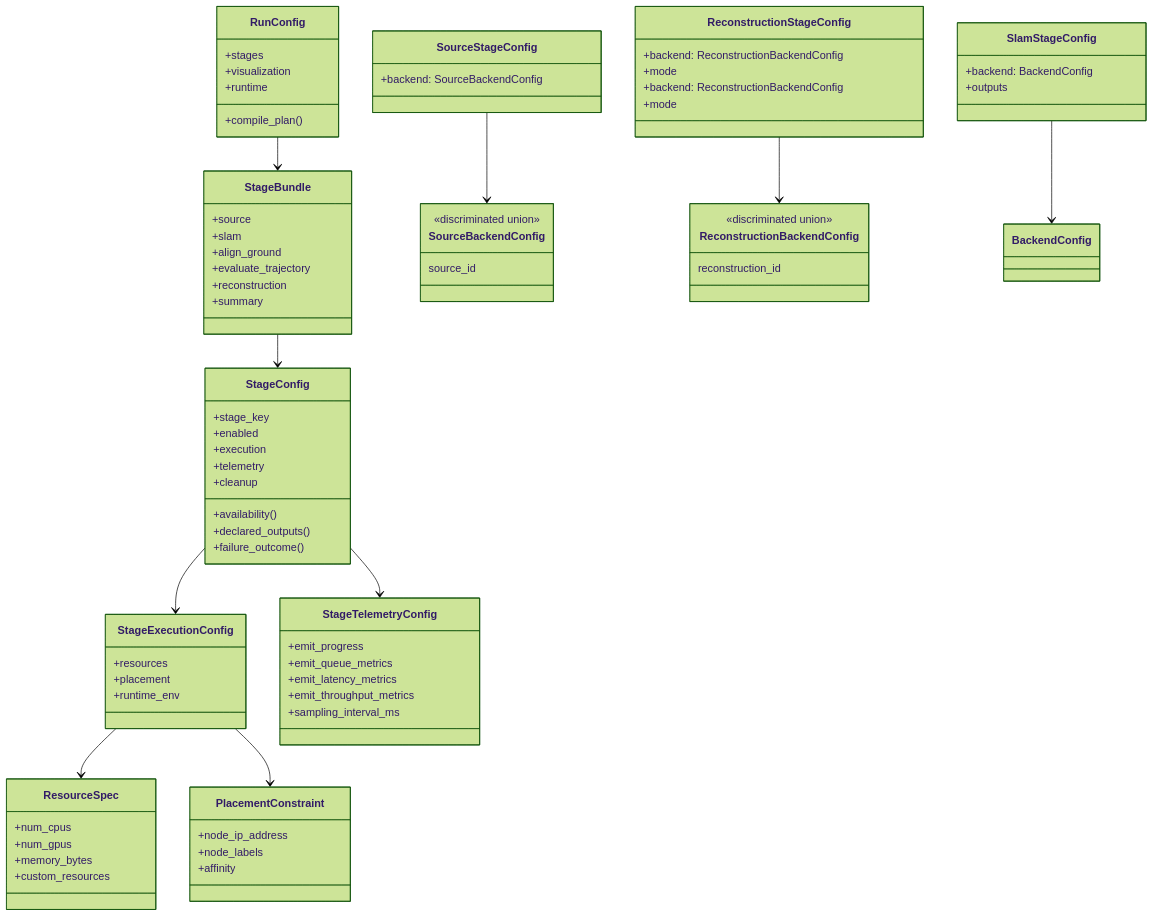
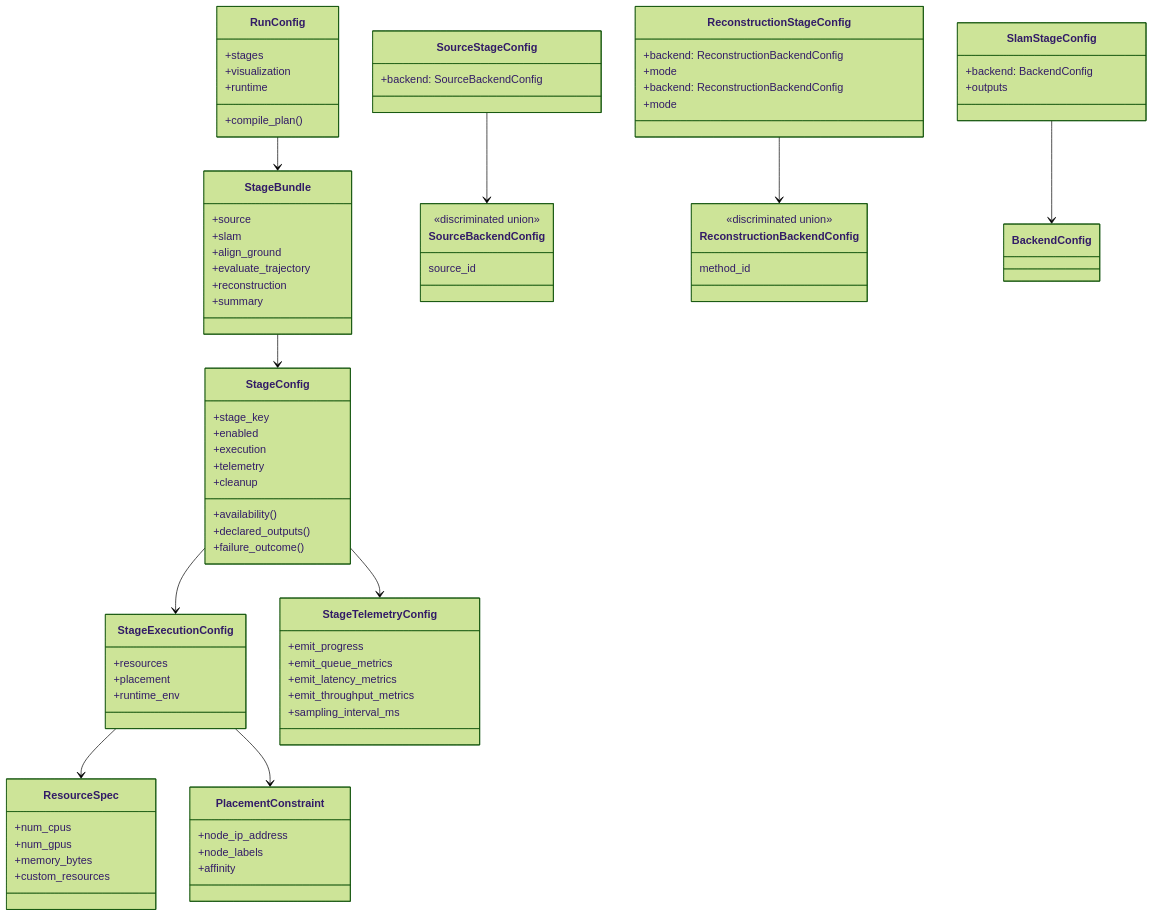
The fifth of 18 diagrams in docs/architecture/pipeline-stage-refactor-target.md (JanDuchscherer104/prml-vslam), drawn with Mermaid (forest theme) before and after one commit. The commit also changed other lines of this file and 26 other files, not shown here.

Commit message:
docs: update stage ownership architecture

```diff
--- a/docs/architecture/pipeline-stage-refactor-target.md
+++ b/docs/architecture/pipeline-stage-refactor-target.md
@@ -590,7 +590,7 @@
 
     class ReconstructionBackendConfig {
         <<discriminated union>>
-        reconstruction_id
+        method_id
     }
 
     class SlamStageConfig {
```
